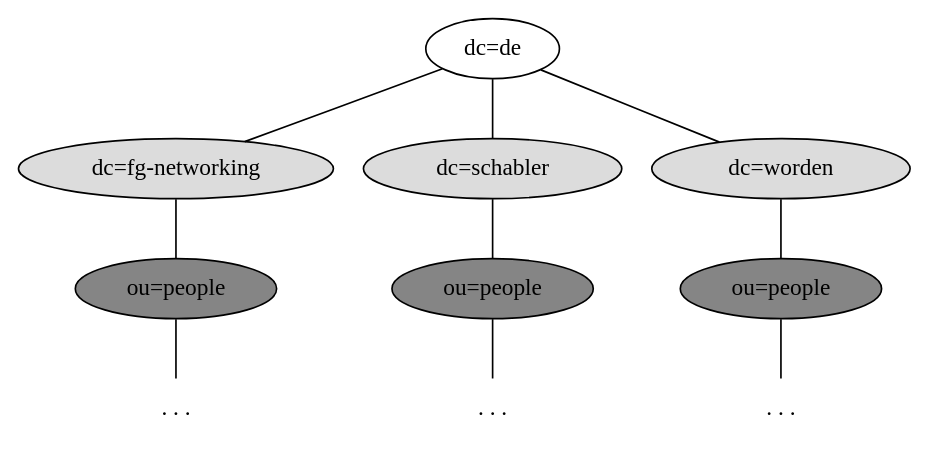
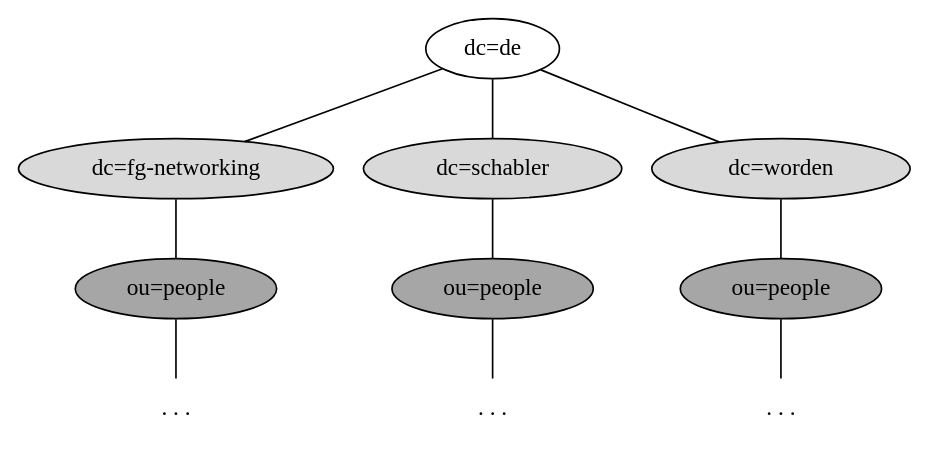
One commit to Gabelvampir/ty-stuff changed the diagram in Projekt LDAP/Bilder/LDAP-fgn.dot. Above: the diagram before and after it, drawn with Graphviz. The commit also changed 3 other files, not shown here.

Commit message:
updated the tree diagram

```diff
--- a/Projekt LDAP/Bilder/LDAP-fgn.dot
+++ b/Projekt LDAP/Bilder/LDAP-fgn.dot
@@ -1,16 +1,16 @@
 graph G {
   de [label="dc=de"];
-  fgn [label="dc=fg-networking", style="filled", fillcolor="gainsboro", width=2.15];
-  schabler [label="dc=schabler", style="filled", fillcolor="gainsboro", width=2.15];
-  worden [label="dc=worden", style="filled", fillcolor="gainsboro", width=2.15];
-  people1 [label="ou=people", style="filled", fillcolor="grey52"];
-  people2 [label="ou=people", style="filled", fillcolor="grey52"];
-  people3 [label="ou=people", style="filled", fillcolor="grey52"];
+  fgn [label="dc=fg-networking", style="filled", fillcolor="grey85", width=2.15];
+  schabler [label="dc=schabler", style="filled", fillcolor="grey85", width=2.15];
+  worden [label="dc=worden", style="filled", fillcolor="grey85", width=2.15];
+  people1 [label="ou=people", style="filled", fillcolor="grey65"];
+  people2 [label="ou=people", style="filled", fillcolor="grey65"];
+  people3 [label="ou=people", style="filled", fillcolor="grey65"];
   fgnpe [label=". . .", shape="plaintext"];
   schabpe [label=". . .", shape="plaintext"];
   wordpe [label=". . .", shape="plaintext"];
   de -- {fgn schabler worden};
   fgn -- people1 -- fgnpe;
   schabler -- people2 -- schabpe;
   worden -- people3 -- wordpe;
   }
```
